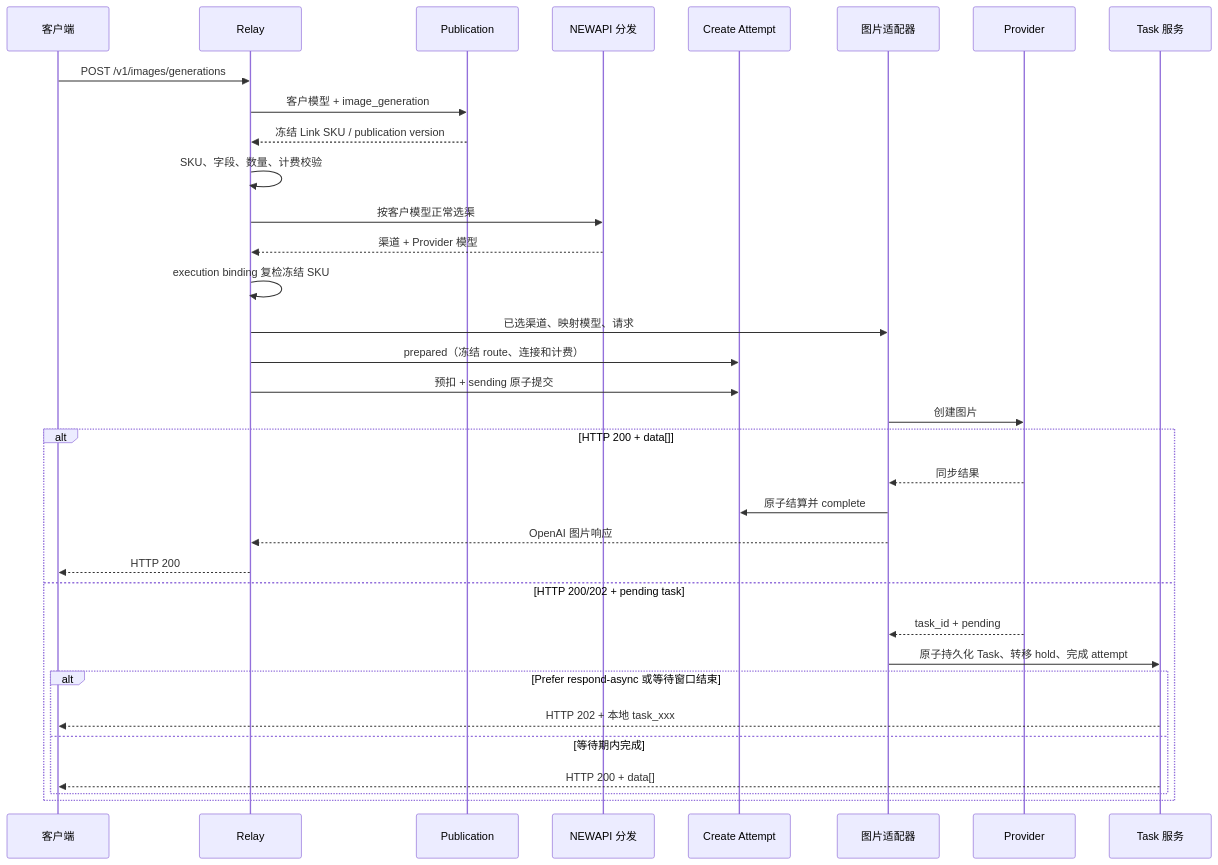
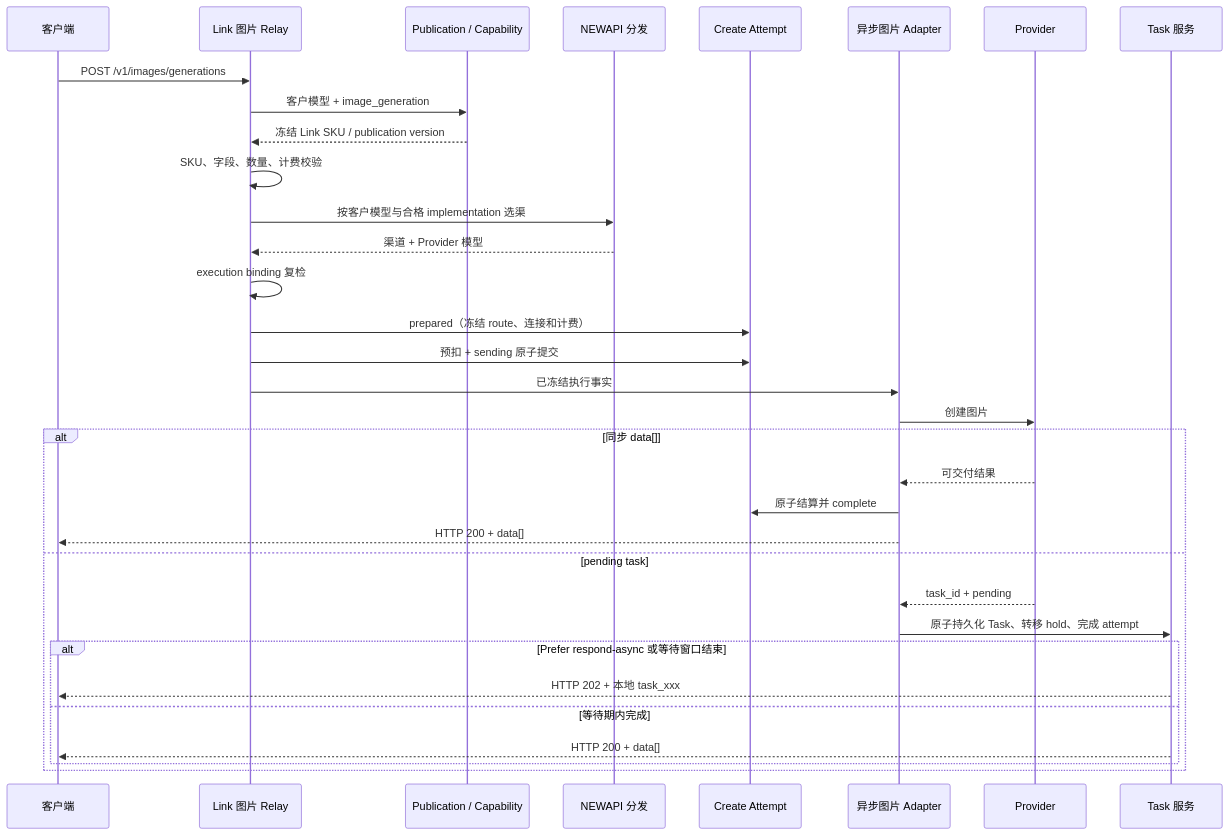
One commit to wuqiang44444444/new-api changed the second of 2 diagrams in docs/20-architecture/Link图片服务合同与异步任务架构.md. Above: the diagram before and after it, drawn with Mermaid. The commit also changed other lines of this file and 29 other files, not shown here.

````diff
--- a/docs/20-architecture/Link图片服务合同与异步任务架构.md
+++ b/docs/20-architecture/Link图片服务合同与异步任务架构.md
@@ -133,37 +264,36 @@
 ```mermaid
 sequenceDiagram
     participant C as 客户端
-    participant R as Relay
-    participant P as Publication
+    participant R as Link 图片 Relay
+    participant P as Publication / Capability
     participant D as NEWAPI 分发
     participant J as Create Attempt
-    participant A as 图片适配器
+    participant A as 异步图片 Adapter
     participant U as Provider
     participant T as Task 服务
 
     C->>R: POST /v1/images/generations
     R->>P: 客户模型 + image_generation
     P-->>R: 冻结 Link SKU / publication version
     R->>R: SKU、字段、数量、计费校验
-    R->>D: 按客户模型正常选渠
+    R->>D: 按客户模型与合格 implementation 选渠
     D-->>R: 渠道 + Provider 模型
-    R->>R: execution binding 复检冻结 SKU
-    R->>A: 已选渠道、映射模型、请求
+    R->>R: execution binding 复检
     R->>J: prepared（冻结 route、连接和计费）
     R->>J: 预扣 + sending 原子提交
+    R->>A: 已冻结执行事实
     A->>U: 创建图片
-    alt HTTP 200 + data[]
-        U-->>A: 同步结果
+    alt 同步 data[]
+        U-->>A: 可交付结果
         A->>J: 原子结算并 complete
-        A-->>R: OpenAI 图片响应
-        R-->>C: HTTP 200
-    else HTTP 200/202 + pending task
+        A-->>C: HTTP 200 + data[]
+    else pending task
         U-->>A: task_id + pending
         A->>T: 原子持久化 Task、转移 hold、完成 attempt
         alt Prefer respond-async 或等待窗口结束
             T-->>C: HTTP 202 + 本地 task_xxx
         else 等待期内完成
             T-->>C: HTTP 200 + data[]
         end
     end
 ```
````
